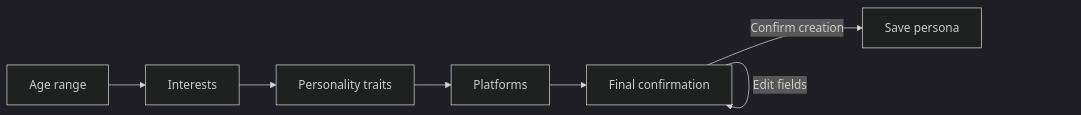
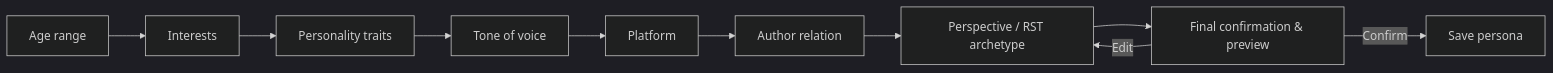
The second of 3 diagrams in README.ja.md (ChurzeXo/kevlar-4u), drawn with Mermaid (dark theme) before and after one commit. The commit also changed other lines of this file and 15 other files, not shown here.

````diff
--- a/README.ja.md
+++ b/README.ja.md
@@ -123,9 +130,12 @@
 ```mermaid
 flowchart LR
   A["Age range"] --> B["Interests"]
   B --> C["Personality traits"]
-  C --> D["Platforms"]
-  D --> E["Final confirmation"]
-  E -->|Confirm creation| F["Save persona"]
-  E -->|Edit fields| E
+  C --> D["Tone of voice"]
+  D --> E["Platform"]
+  E --> F["Author relation"]
+  F --> G["Perspective / RST archetype"]
+  G --> H["Final confirmation & preview"]
+  H -->|Confirm| I["Save persona"]
+  H -->|Edit| G
 ```
````
